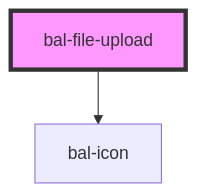
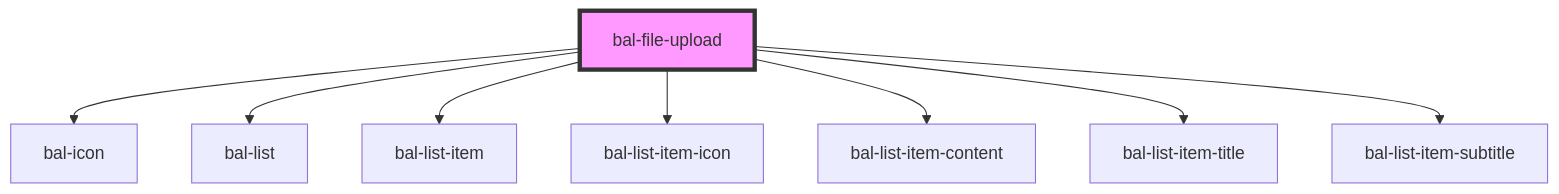
One commit to baloise/ui-library-next changed the diagram in packages/library/src/components/bal-file-upload/readme.md. Above: the diagram before and after it, drawn with Mermaid. The commit also changed other lines of this file and 18 other files, not shown here.

````diff
--- a/packages/library/src/components/bal-file-upload/readme.md
+++ b/packages/library/src/components/bal-file-upload/readme.md
@@ -37,5 +43,11 @@
 ```mermaid
 graph TD;
   bal-file-upload --> bal-icon
+  bal-file-upload --> bal-list
+  bal-file-upload --> bal-list-item
+  bal-file-upload --> bal-list-item-icon
+  bal-file-upload --> bal-list-item-content
+  bal-file-upload --> bal-list-item-title
+  bal-file-upload --> bal-list-item-subtitle
   style bal-file-upload fill:#f9f,stroke:#333,stroke-width:4px
 ```
````
